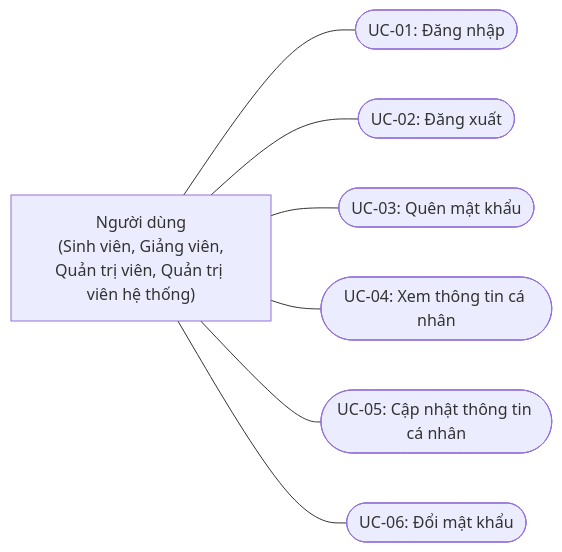
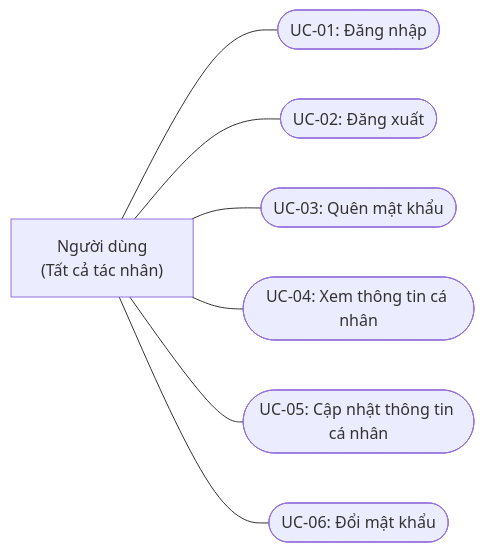
The second of 7 diagrams in docs/USE_CASE_DIAGRAMS.md (minhthuy70/ai-coding-tutor), drawn with Mermaid before and after one commit. The commit also changed other lines of this file and 3 other files, not shown here.

````diff
--- a/docs/USE_CASE_DIAGRAMS.md
+++ b/docs/USE_CASE_DIAGRAMS.md
@@ -33,21 +35,21 @@
 ```mermaid
 flowchart LR
     %% Actors
-    ActorUser["Người dùng\n(Sinh viên, Giảng viên,\nQuản trị viên, Quản trị viên hệ thống)"]
+    ActorUser["Người dùng\n(Tất cả tác nhân)"]
 
     %% Use Cases
     UC01(["UC-01: Đăng nhập"])
     UC02(["UC-02: Đăng xuất"])
     UC03(["UC-03: Quên mật khẩu"])
     UC04(["UC-04: Xem thông tin cá nhân"])
     UC05(["UC-05: Cập nhật thông tin cá nhân"])
     UC06(["UC-06: Đổi mật khẩu"])
 
     %% Associations
     ActorUser --- UC01
     ActorUser --- UC02
     ActorUser --- UC03
     ActorUser --- UC04
     ActorUser --- UC05
     ActorUser --- UC06
 ```
````
